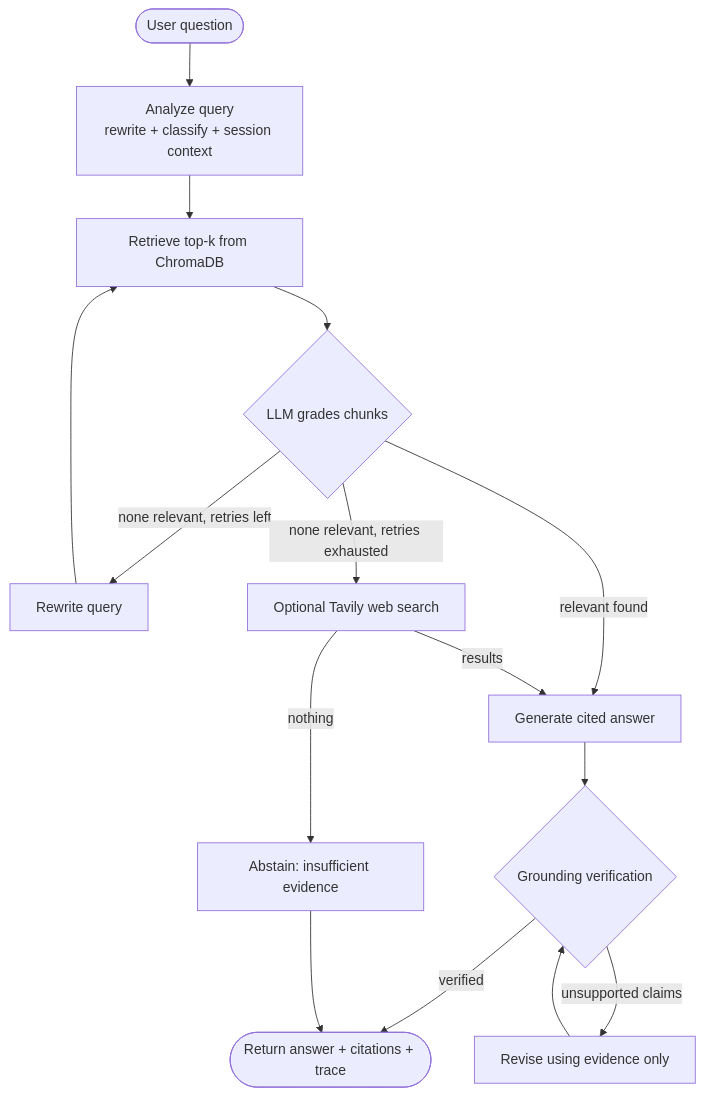
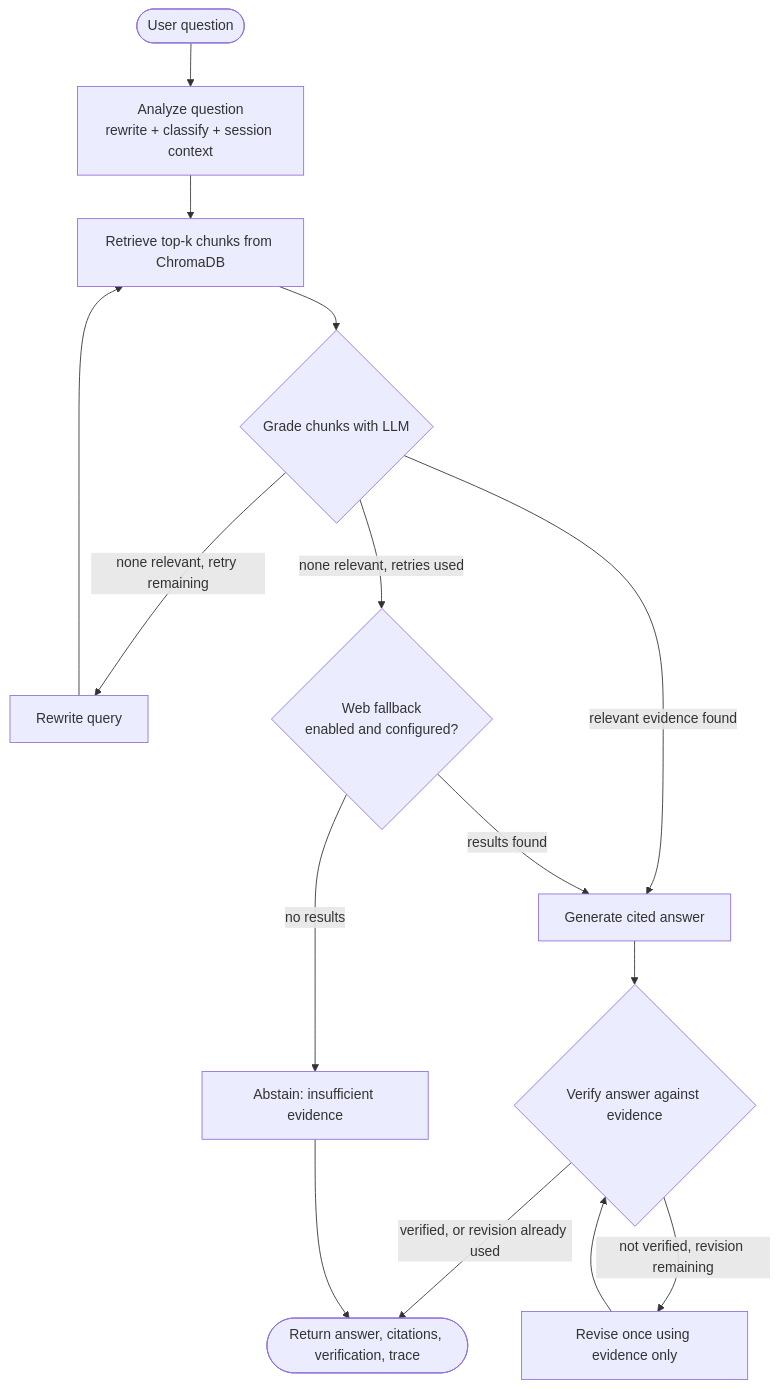
One commit to armaans-29/EvidenceLens changed the second of 2 diagrams in README.md. Above: the diagram before and after it, drawn with Mermaid. The commit also changed other lines of this file, not shown here.

````diff
--- a/README.md
+++ b/README.md
@@ -91,17 +126,17 @@
 ```mermaid
 flowchart TD
-    Q([User question]) --> A[Analyze query<br/>rewrite + classify + session context]
-    A --> R[Retrieve top-k from ChromaDB]
-    R --> G{LLM grades chunks}
-    G -- relevant found --> GEN[Generate cited answer]
-    G -- none relevant, retries left --> RW[Rewrite query]
+    Q([User question]) --> A[Analyze question<br/>rewrite + classify + session context]
+    A --> R[Retrieve top-k chunks from ChromaDB]
+    R --> G{Grade chunks with LLM}
+    G -- "relevant evidence found" --> GEN[Generate cited answer]
+    G -- "none relevant, retry remaining" --> RW[Rewrite query]
     RW --> R
-    G -- none relevant, retries exhausted --> W[Optional Tavily web search]
-    W -- results --> GEN
-    W -- nothing --> AB[Abstain: insufficient evidence]
-    GEN --> V{Grounding verification}
-    V -- verified --> F([Return answer + citations + trace])
-    V -- unsupported claims --> REV[Revise using evidence only]
+    G -- "none relevant, retries used" --> W{Web fallback<br/>enabled and configured?}
+    W -- "results found" --> GEN
+    W -- "no results" --> AB[Abstain: insufficient evidence]
+    GEN --> V{Verify answer against evidence}
+    V -- "verified, or revision already used" --> F([Return answer, citations, verification, trace])
+    V -- "not verified, revision remaining" --> REV[Revise once using evidence only]
     REV --> V
     AB --> F
 ```
````
